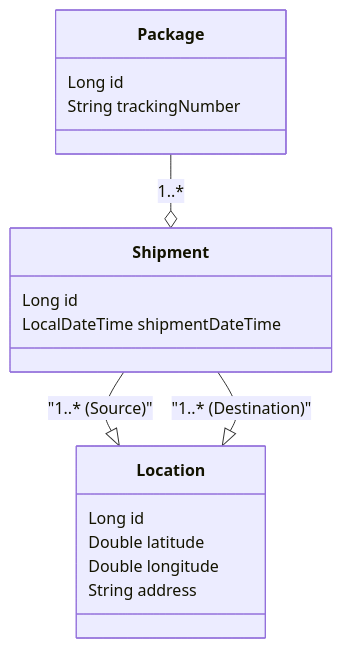
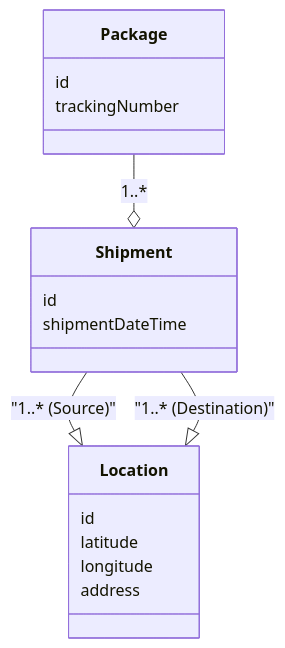
One commit to jonbertelsen/gls changed the diagram in README.md. Above: the diagram before and after it, drawn with Mermaid.

````diff
--- a/README.md
+++ b/README.md
@@ -5,23 +5,23 @@
 ```mermaid
 classDiagram
   Package --o Shipment : 1..*
   Shipment --|> Location : "1..* (Source)"
   Shipment --|> Location : "1..* (Destination)"
 
   class Package {
-    Long id
-    String trackingNumber
+    id
+    trackingNumber
   }
 
   class Shipment {
-    Long id
-    LocalDateTime shipmentDateTime
+    id
+    shipmentDateTime
   }
 
   class Location {
-    Long id
-    Double latitude
-    Double longitude
-    String address
+    id
+    latitude
+    longitude
+    address
   }
 ```
````
